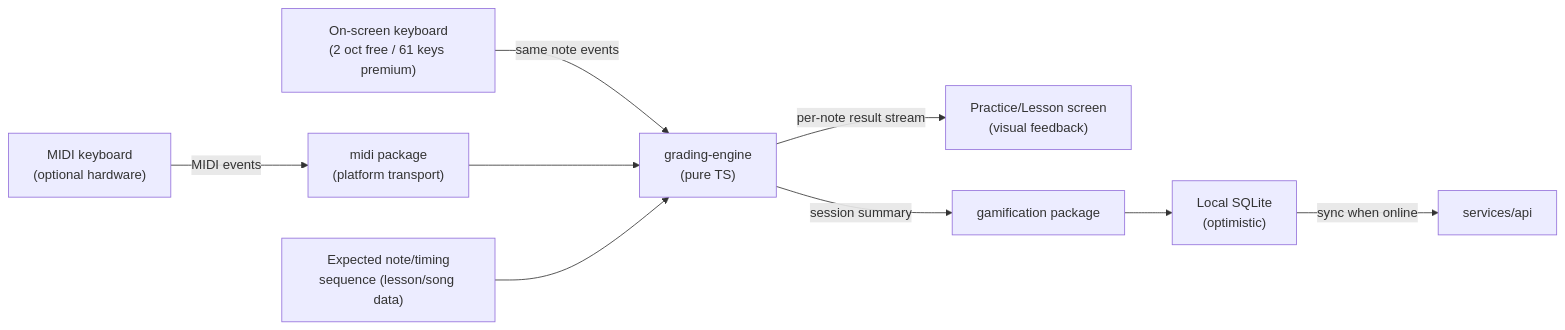
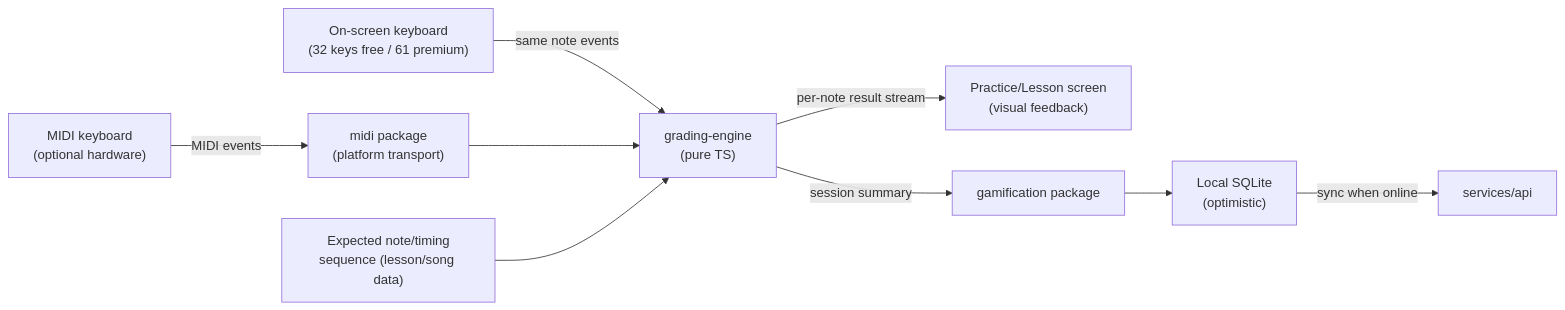
The first of 2 diagrams in docs/02-technical-architecture.md (IndraKar/keyboard-app), drawn with Mermaid before and after one commit. The commit also changed other lines of this file and 5 other files, not shown here.

First line of the commit message:
Free keyboard to 32 keys; build the Learn My Music flow

````diff
--- a/docs/02-technical-architecture.md
+++ b/docs/02-technical-architecture.md
@@ -174,11 +174,11 @@
 ```mermaid
 flowchart LR
     MIDIkbd["MIDI keyboard<br/>(optional hardware)"] -->|MIDI events| Transport["midi package<br/>(platform transport)"]
-    OnScreen["On-screen keyboard<br/>(2 oct free / 61 keys premium)"] -->|same note events| Grading
+    OnScreen["On-screen keyboard<br/>(32 keys free / 61 premium)"] -->|same note events| Grading
     Transport --> Grading["grading-engine<br/>(pure TS)"]
     Expected["Expected note/timing<br/>sequence (lesson/song data)"] --> Grading
     Grading -->|per-note result stream| UI["Practice/Lesson screen<br/>(visual feedback)"]
     Grading -->|session summary| Gamification["gamification package"]
     Gamification --> LocalDB["Local SQLite<br/>(optimistic)"]
     LocalDB -->|sync when online| API["services/api"]
 ```
````
